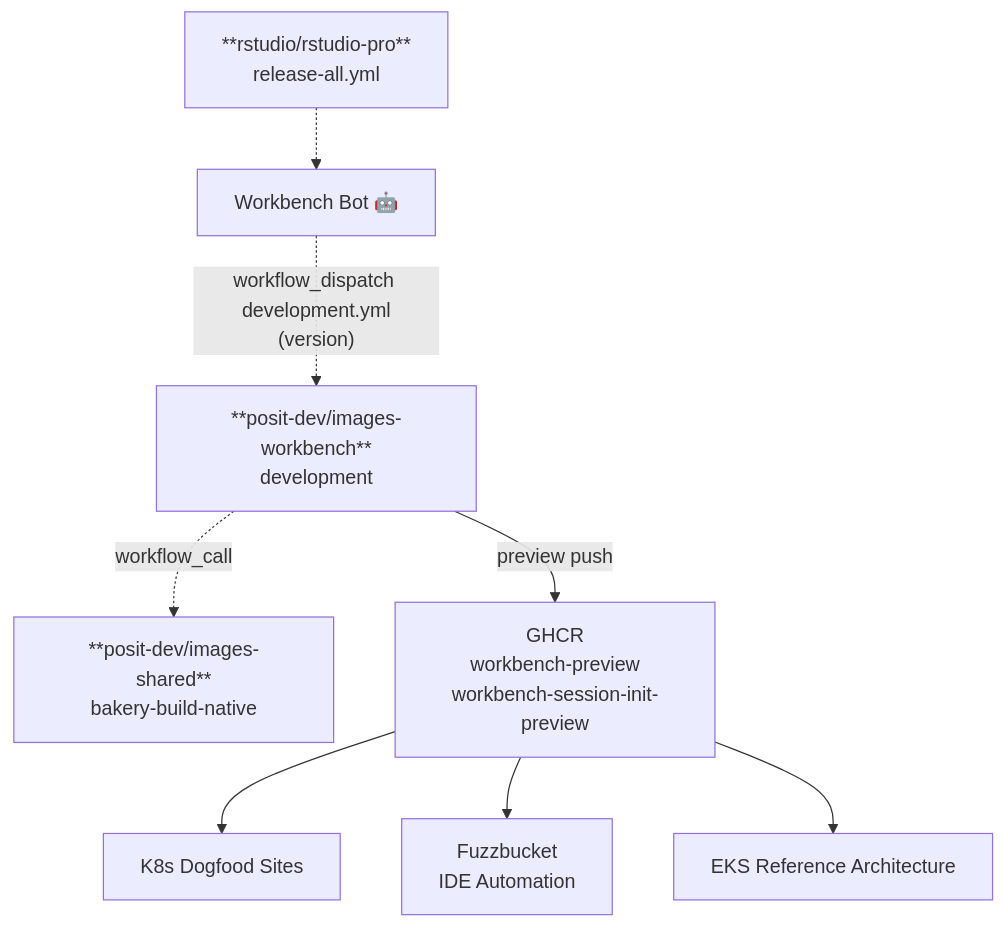
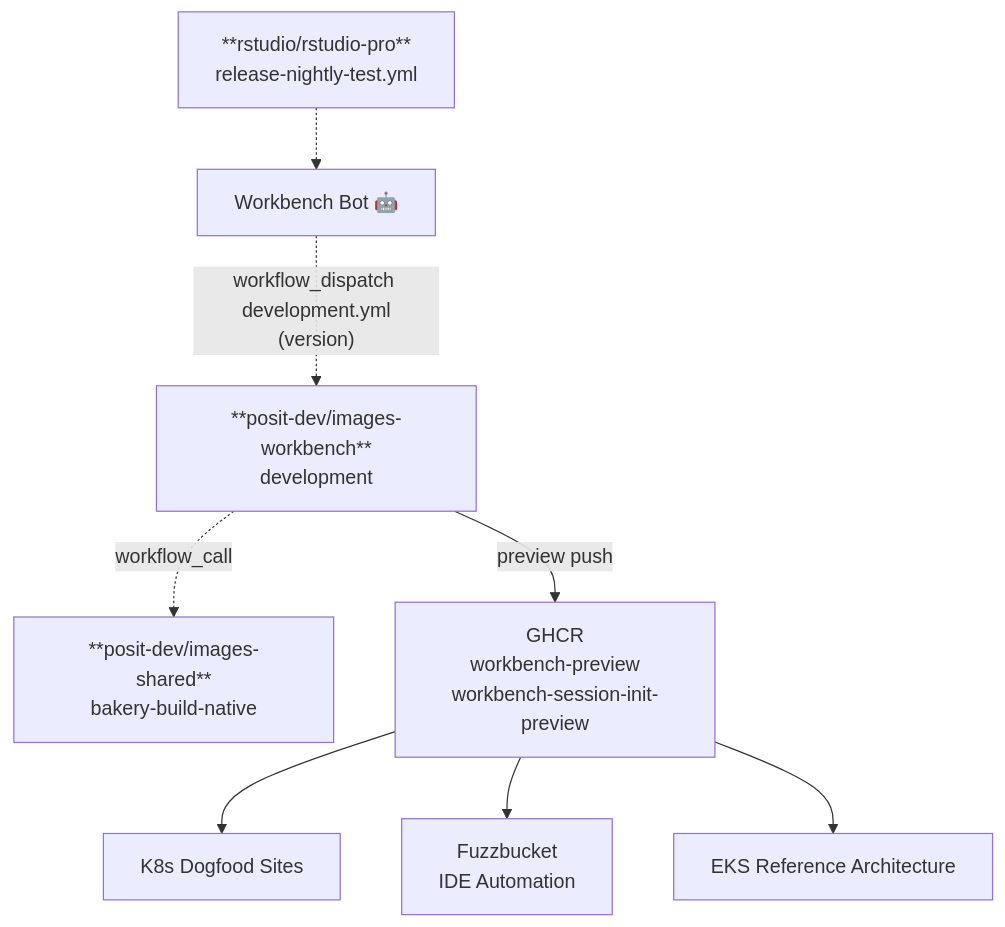
Before and after one commit to posit-dev/images-shared: the seventh of 9 diagrams in docs/cross-repo-dag.md, drawn with Mermaid. The commit also changed other lines of this file, not shown here.

````diff
--- a/docs/cross-repo-dag.md
+++ b/docs/cross-repo-dag.md
@@ -254,26 +254,26 @@
 ```mermaid
 graph TD
-    PROD["**rstudio/rstudio-pro**<br/>release-all.yml"]
+    PROD["**rstudio/rstudio-pro**<br/>release-nightly-test.yml"]
     BOT["Workbench Bot 🤖"]
 
     PROD -.-> BOT
     BOT -.->|"workflow_dispatch development.yml<br/>(version)"| IMG_DEV
 
     SHARED["**posit-dev/images-shared**<br/>bakery-build-native"]
 
     IMG_DEV["**posit-dev/images-workbench**<br/>development"]
 
     IMG_DEV -.->|workflow_call| SHARED
 
     IMG_DEV -->|preview push| GHCR
 
     GHCR["GHCR<br/>workbench-preview<br/>workbench-session-init-preview"]
 
     GHCR --> K8S
     GHCR --> FUZZBUCKET
     GHCR --> EKS_REF
 
     K8S["K8s Dogfood Sites"]
     FUZZBUCKET["Fuzzbucket<br/>IDE Automation"]
     EKS_REF["EKS Reference Architecture"]
 ```
````
